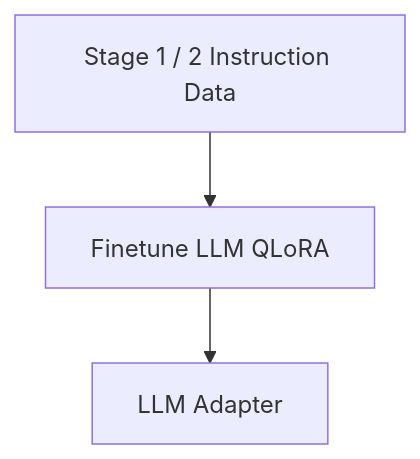
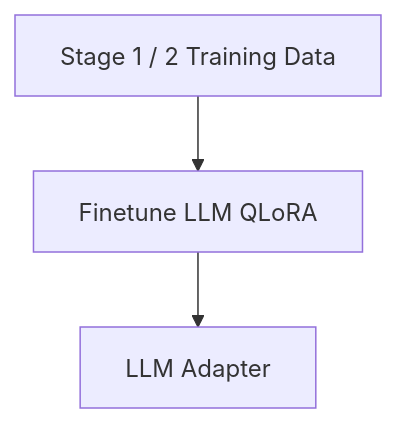
The eighth of 9 diagrams in README.md (yenhao-huang/AICUP_ESG2026), drawn with Mermaid before and after one commit. The commit also changed other lines of this file and 36 other files, not shown here.

````diff
--- a/README.md
+++ b/README.md
@@ -144,5 +161,5 @@
 ```mermaid
 flowchart TD
-    InstructionData["Stage 1 / 2 Instruction Data"] --> Finetune["Finetune LLM QLoRA"]
+    InstructionData["Stage 1 / 2 Training Data"] --> Finetune["Finetune LLM QLoRA"]
     Finetune --> Adapter["LLM Adapter"]
 ```
````
